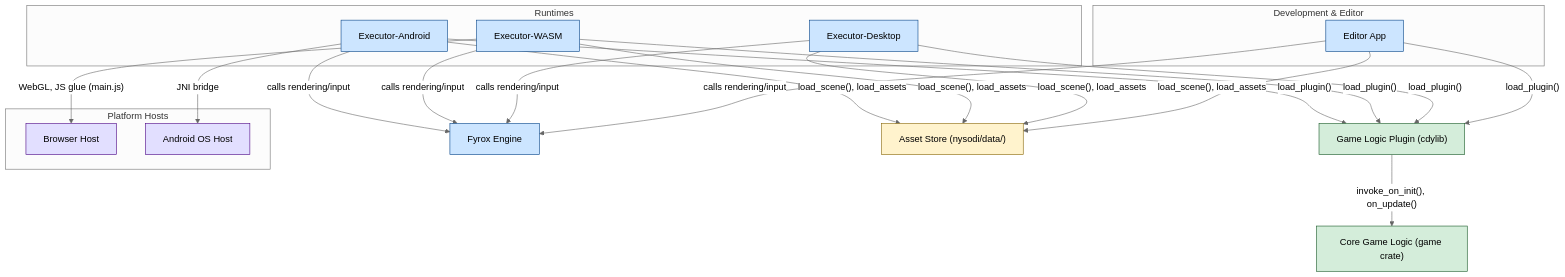
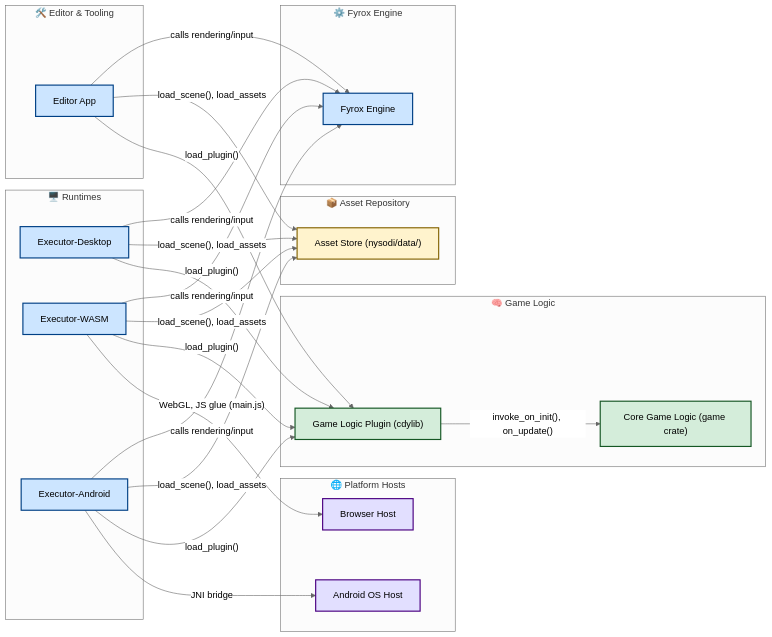
Before and after one commit to davide-perli/Nysodi: the third of 3 diagrams in README.md, drawn with Mermaid (neutral theme).

````diff
--- a/README.md
+++ b/README.md
@@ -172,55 +172,77 @@
 ```mermaid
-flowchart TD
-    subgraph "Development & Editor"
-        EditorApp["Editor App"]:::engine
+flowchart LR
+    %% Editor & Tooling
+    subgraph "🛠️ Editor & Tooling"
+        EditorApp["Editor App"]
     end
 
-    subgraph "Runtimes"
-        ExecutorDesktop["Executor-Desktop"]:::engine
-        ExecutorWASM["Executor-WASM"]:::engine
-        ExecutorAndroid["Executor-Android"]:::engine
+    %% Asset Repository
+    subgraph "📦 Asset Repository"
+        AssetStore["Asset Store (nysodi/data/)"]
     end
 
-    FyroxEngine["Fyrox Engine"]:::engine
-    AssetStore["Asset Store (nysodi/data/)"]:::assets
-    GameLogicPlugin["Game Logic Plugin (cdylib)"]:::game
-    CoreGame["Core Game Logic (game crate)"]:::game
-
-    subgraph "Platform Hosts"
-        Browser["Browser Host"]:::platform
-        AndroidOS["Android OS Host"]:::platform
+    %% Game Logic
+    subgraph "🧠 Game Logic"
+        GameLogicPlugin["Game Logic Plugin (cdylib)"]
+        CoreGame["Core Game Logic (game crate)"]
     end
 
-    EditorApp -->|"calls rendering/input"| FyroxEngine
-    ExecutorDesktop -->|"calls rendering/input"| FyroxEngine
-    ExecutorWASM -->|"calls rendering/input"| FyroxEngine
-    ExecutorAndroid -->|"calls rendering/input"| FyroxEngine
+    %% Engine Core
+    subgraph "⚙️ Fyrox Engine"
+        FyroxEngine["Fyrox Engine"]
+    end
 
-    EditorApp -->|"load_scene(), load_assets"| AssetStore
-    ExecutorDesktop -->|"load_scene(), load_assets"| AssetStore
-    ExecutorWASM -->|"load_scene(), load_assets"| AssetStore
-    ExecutorAndroid -->|"load_scene(), load_assets"| AssetStore
+    %% Runtimes
+    subgraph "🖥️ Runtimes"
+        ExecutorDesktop["Executor-Desktop"]
+        ExecutorWASM["Executor-WASM"]
+        ExecutorAndroid["Executor-Android"]
+    end
 
-    EditorApp -->|"load_plugin()"| GameLogicPlugin
-    ExecutorDesktop -->|"load_plugin()"| GameLogicPlugin
-    ExecutorWASM -->|"load_plugin()"| GameLogicPlugin
-    ExecutorAndroid -->|"load_plugin()"| GameLogicPlugin
+    %% Platform Hosts
+    subgraph "🌐 Platform Hosts"
+        Browser["Browser Host"]
+        AndroidOS["Android OS Host"]
+    end
 
-    GameLogicPlugin -->|"invoke_on_init(), on_update()"| CoreGame
+    %% Connections
+    EditorApp -- "calls rendering/input" --> FyroxEngine
+    ExecutorDesktop -- "calls rendering/input" --> FyroxEngine
+    ExecutorWASM -- "calls rendering/input" --> FyroxEngine
+    ExecutorAndroid -- "calls rendering/input" --> FyroxEngine
 
-    ExecutorWASM -->|"WebGL, JS glue (main.js)"| Browser
-    ExecutorAndroid -->|"JNI bridge"| AndroidOS
+    EditorApp -- "load_scene(), load_assets" --> AssetStore
+    ExecutorDesktop -- "load_scene(), load_assets" --> AssetStore
+    ExecutorWASM -- "load_scene(), load_assets" --> AssetStore
+    ExecutorAndroid -- "load_scene(), load_assets" --> AssetStore
 
+    EditorApp -- "load_plugin()" --> GameLogicPlugin
+    ExecutorDesktop -- "load_plugin()" --> GameLogicPlugin
+    ExecutorWASM -- "load_plugin()" --> GameLogicPlugin
+    ExecutorAndroid -- "load_plugin()" --> GameLogicPlugin
+
+    GameLogicPlugin -- "invoke_on_init(), on_update()" --> CoreGame
+
+    ExecutorWASM -- "WebGL, JS glue (main.js)" --> Browser
+    ExecutorAndroid -- "JNI bridge" --> AndroidOS
+
+    %% Clickable links for GitHub
     click EditorApp "https://github.com/davide-perli/nysodi/tree/main/nysodi/editor/"
     click ExecutorDesktop "https://github.com/davide-perli/nysodi/tree/main/nysodi/executor/"
     click ExecutorWASM "https://github.com/davide-perli/nysodi/tree/main/nysodi/executor-wasm/"
     click ExecutorAndroid "https://github.com/davide-perli/nysodi/tree/main/nysodi/executor-android/"
     click GameLogicPlugin "https://github.com/davide-perli/nysodi/tree/main/nysodi/game-dylib/"
     click CoreGame "https://github.com/davide-perli/nysodi/tree/main/nysodi/game/"
     click AssetStore "https://github.com/davide-perli/nysodi/tree/main/nysodi/data/"
 
-    classDef engine fill:#cce5ff,stroke:#004085
-    classDef game fill:#d4edda,stroke:#155724
-    classDef assets fill:#fff3cd,stroke:#856404
-    classDef platform fill:#e2dfff,stroke:#4b0082
+    %% Styling
+    classDef engine fill:#cce5ff,stroke:#004085,stroke-width:2px;
+    classDef game fill:#d4edda,stroke:#155724,stroke-width:2px;
+    classDef assets fill:#fff3cd,stroke:#856404,stroke-width:2px;
+    classDef platform fill:#e2dfff,stroke:#4b0082,stroke-width:2px;
+    class EditorApp,ExecutorDesktop,ExecutorWASM,ExecutorAndroid engine;
+    class FyroxEngine engine;
+    class GameLogicPlugin,CoreGame game;
+    class AssetStore assets;
+    class Browser,AndroidOS platform;
 ```
````
